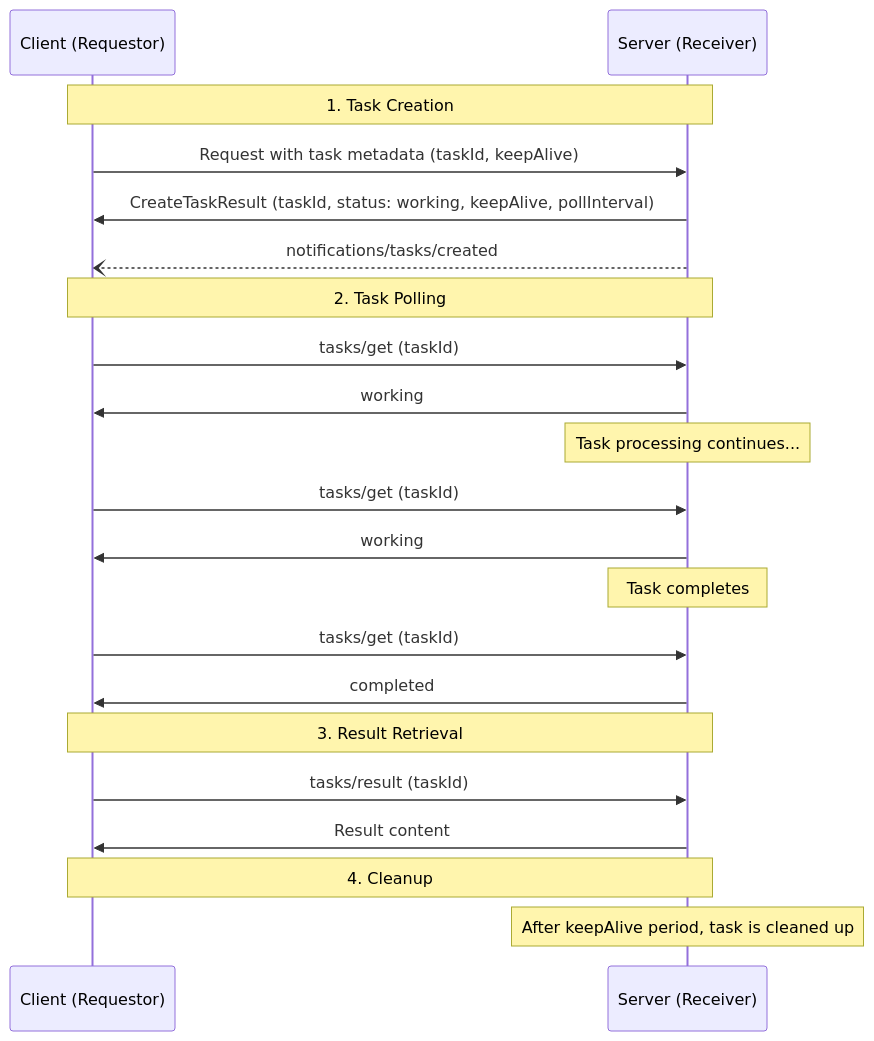
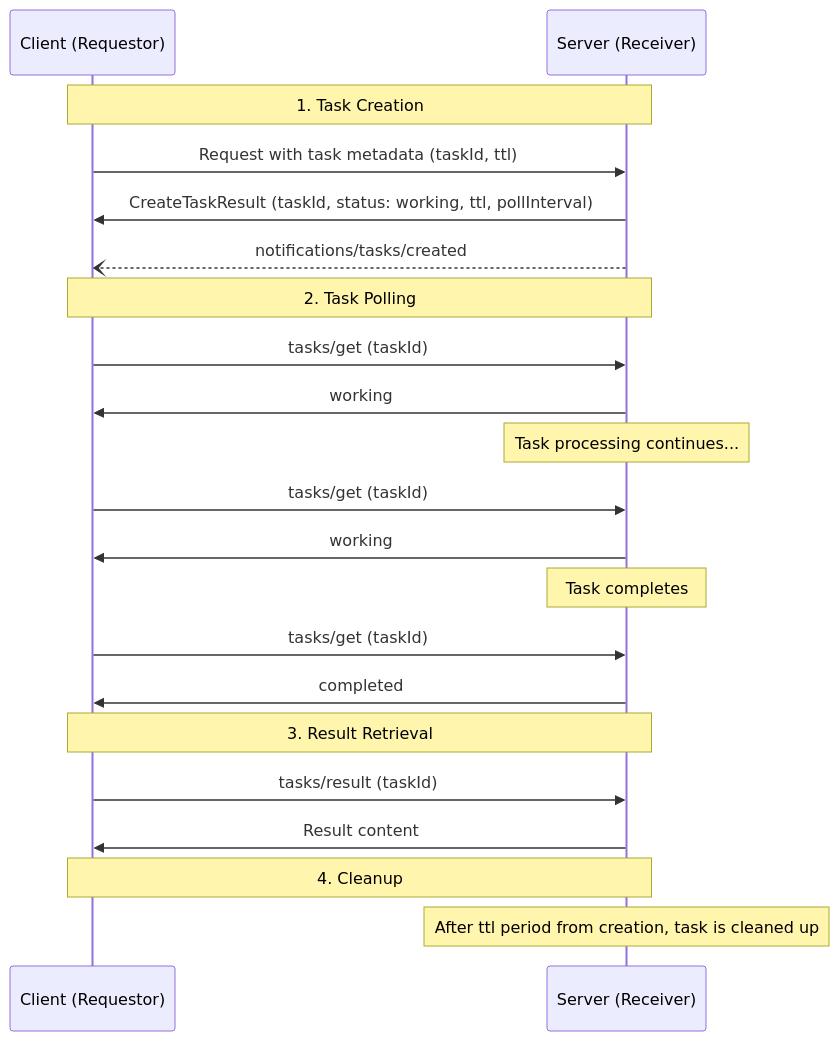
The second of 6 diagrams in docs/specification/draft/basic/utilities/tasks.mdx (scottslewis/modelcontextprotocol), drawn with Mermaid before and after one commit. The commit also changed other lines of this file and 3 other files, not shown here.

````diff
--- a/docs/specification/draft/basic/utilities/tasks.mdx
+++ b/docs/specification/draft/basic/utilities/tasks.mdx
@@ -481,23 +486,23 @@
 ```mermaid
 sequenceDiagram
     participant C as Client (Requestor)
     participant S as Server (Receiver)
     Note over C,S: 1. Task Creation
-    C->>S: Request with task metadata (taskId, keepAlive)
-    S->>C: CreateTaskResult (taskId, status: working, keepAlive, pollInterval)
+    C->>S: Request with task metadata (taskId, ttl)
+    S->>C: CreateTaskResult (taskId, status: working, ttl, pollInterval)
     S--)C: notifications/tasks/created
     Note over C,S: 2. Task Polling
     C->>S: tasks/get (taskId)
     S->>C: working
     Note over S: Task processing continues...
     C->>S: tasks/get (taskId)
     S->>C: working
     Note over S: Task completes
     C->>S: tasks/get (taskId)
     S->>C: completed
     Note over C,S: 3. Result Retrieval
     C->>S: tasks/result (taskId)
     S->>C: Result content
     Note over C,S: 4. Cleanup
-    Note over S: After keepAlive period, task is cleaned up
+    Note over S: After ttl period from creation, task is cleaned up
 ```
````
